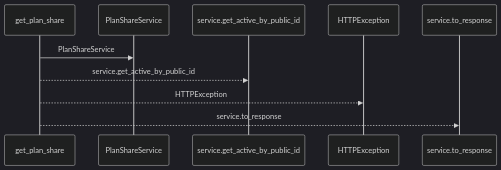
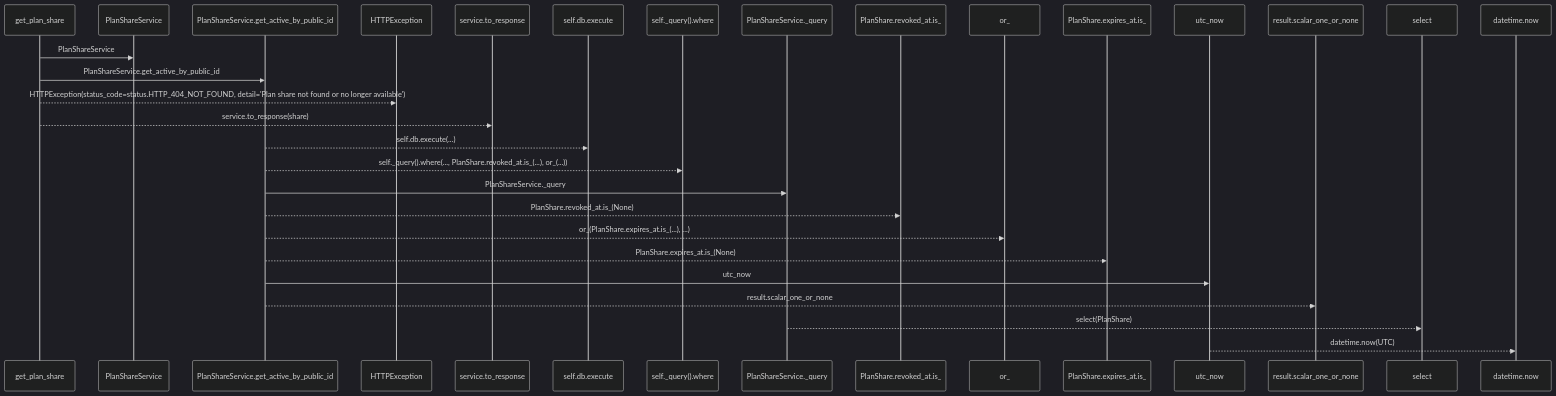
Before and after one commit to Denissvgn/WorkChord: the first of 2 diagrams in docs/llm_wiki/flows/http-get_plan_share.md, drawn with Mermaid (dark theme). The commit also changed other lines of this file and 25171 other files, not shown here.

````diff
--- a/docs/llm_wiki/flows/http-get_plan_share.md
+++ b/docs/llm_wiki/flows/http-get_plan_share.md
@@ -10,12 +12,32 @@
 ```mermaid
 sequenceDiagram
     participant p0 as get_plan_share
     participant p1 as PlanShareService
-    participant p2 as service.get_active_by_public_id
+    participant p2 as PlanShareService.get_active_by_public_id
     participant p3 as HTTPException
     participant p4 as service.to_response
+    participant p5 as self.db.execute
+    participant p6 as self._query().where
+    participant p7 as PlanShareService._query
+    participant p8 as PlanShare.revoked_at.is_
+    participant p9 as or_
+    participant p10 as PlanShare.expires_at.is_
+    participant p11 as utc_now
+    participant p12 as result.scalar_one_or_none
+    participant p13 as select
+    participant p14 as datetime.now
     p0->>p1: PlanShareService
-    p0-->>p2: service.get_active_by_public_id
-    p0-->>p3: HTTPException
-    p0-->>p4: service.to_response
+    p0->>p2: PlanShareService.get_active_by_public_id
+    p0-->>p3: HTTPException(status_code=status.HTTP_404_NOT_FOUND, detail='Plan share not found or no longer available')
+    p0-->>p4: service.to_response(share)
+    p2-->>p5: self.db.execute(...)
+    p2-->>p6: self._query().where(..., PlanShare.revoked_at.is_(...), or_(...))
+    p2->>p7: PlanShareService._query
+    p2-->>p8: PlanShare.revoked_at.is_(None)
+    p2-->>p9: or_(PlanShare.expires_at.is_(...), ...)
+    p2-->>p10: PlanShare.expires_at.is_(None)
+    p2->>p11: utc_now
+    p2-->>p12: result.scalar_one_or_none
+    p7-->>p13: select(PlanShare)
+    p11-->>p14: datetime.now(UTC)
 ```
````
